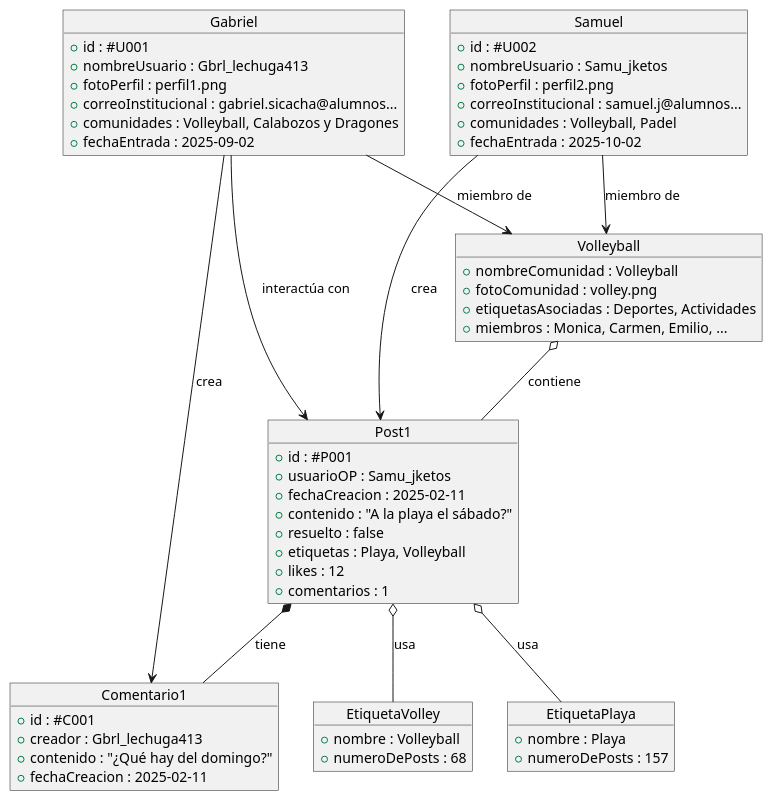
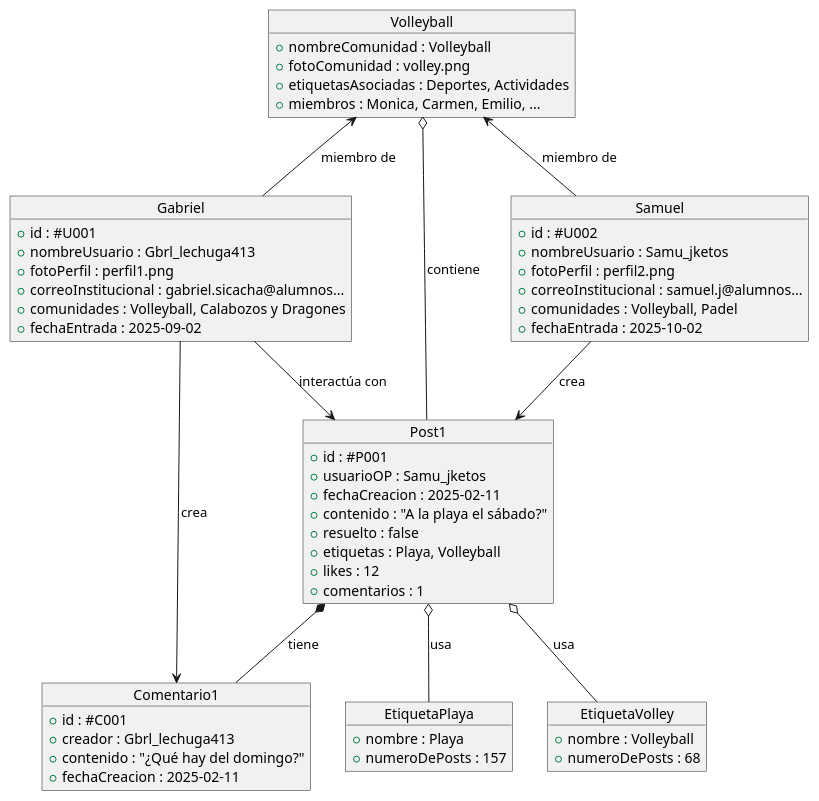
The diagram in MdD/DdObjetos/6ª_Iteración/DdObjetos.puml (miguelgomez75/24-25-IdSw1-SDR), drawn with PlantUML before and after one commit.

```diff
--- a/MdD/DdObjetos/6ª_Iteración/DdObjetos.puml
+++ b/MdD/DdObjetos/6ª_Iteración/DdObjetos.puml
@@ -1,68 +1,69 @@
 @startuml
+
+object Volleyball {
+    +nombreComunidad : Volleyball
+    +fotoComunidad : volley.png
+    +etiquetasAsociadas : Deportes, Actividades
+    +miembros : Monica, Carmen, Emilio, ...
+}
 
 object Gabriel {
     +id : #U001
     +nombreUsuario : Gbrl_lechuga413
     +fotoPerfil : perfil1.png
     +correoInstitucional : gabriel.sicacha@alumnos...
     +comunidades : Volleyball, Calabozos y Dragones
     +fechaEntrada : 2025-09-02
 }
 
 object Samuel {
     +id : #U002
     +nombreUsuario : Samu_jketos
     +fotoPerfil : perfil2.png
     +correoInstitucional : samuel.j@alumnos...
     +comunidades : Volleyball, Padel
     +fechaEntrada : 2025-10-02
-}
-
-object Volleyball {
-    +nombreComunidad : Volleyball
-    +fotoComunidad : volley.png
-    +etiquetasAsociadas : Deportes, Actividades
-    +miembros : Monica, Carmen, Emilio, ...
 }
 
 object Post1 {
     +id : #P001
     +usuarioOP : Samu_jketos
     +fechaCreacion : 2025-02-11
     +contenido : "A la playa el sábado?"
     +resuelto : false
     +etiquetas : Playa, Volleyball
     +likes : 12
     +comentarios : 1
 }
 
 object Comentario1 {
     +id : #C001
     +creador : Gbrl_lechuga413
     +contenido : "¿Qué hay del domingo?"
     +fechaCreacion : 2025-02-11
 }
 
 object EtiquetaPlaya {
     +nombre : Playa
     +numeroDePosts : 157
 }
 
 object EtiquetaVolley {
     +nombre : Volleyball
     +numeroDePosts : 68
 }
 
 ' Relationships
+Volleyball o-- Post1 : "contiene"
 Gabriel --> Comentario1 : "crea"
-Gabriel --> Volleyball : "miembro de"
-Samuel --> Volleyball : "miembro de"
+Volleyball <-- Gabriel : "miembro de"
+Volleyball <-- Samuel : "miembro de"
 Samuel --> Post1 : "crea"
 
-Volleyball o-- Post1 : "contiene"
+
 Post1 *-- Comentario1 : "tiene"
 Post1 o-- EtiquetaPlaya : "usa"
 Post1 o-- EtiquetaVolley : "usa"
 Gabriel --> Post1 : "interactúa con"
 
 @enduml
```
